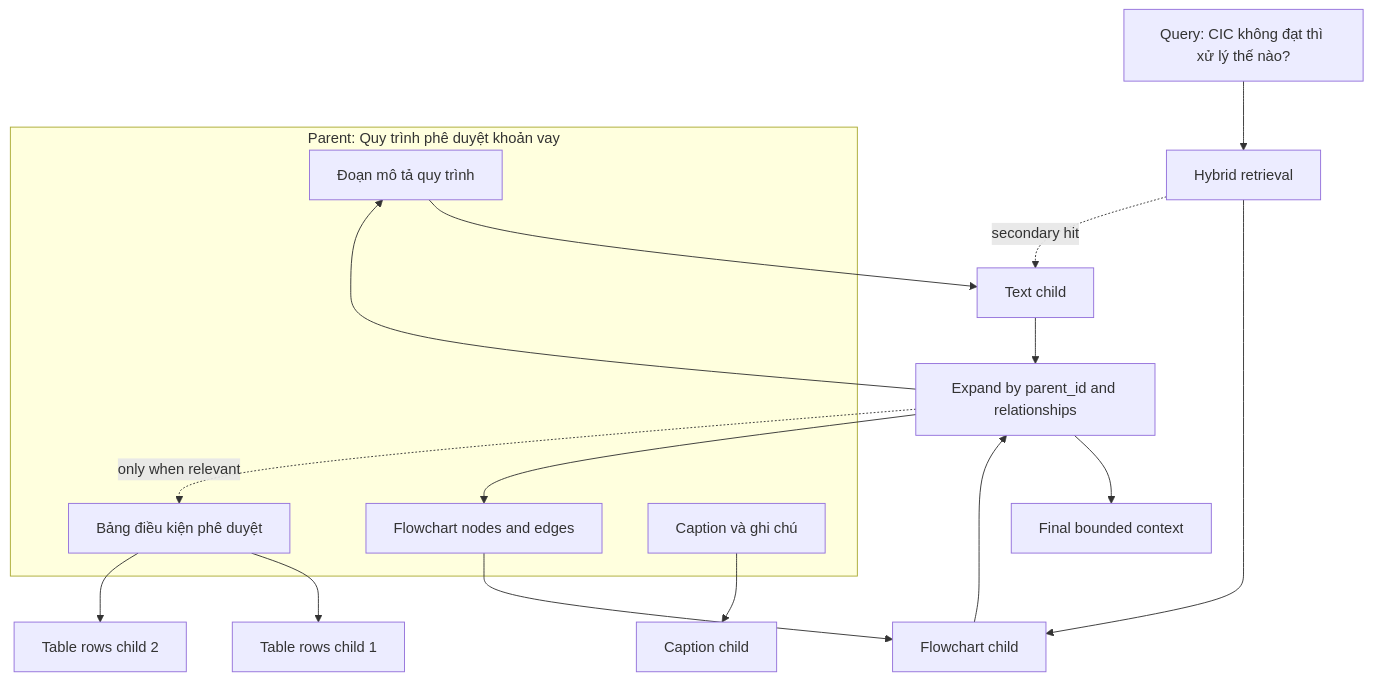
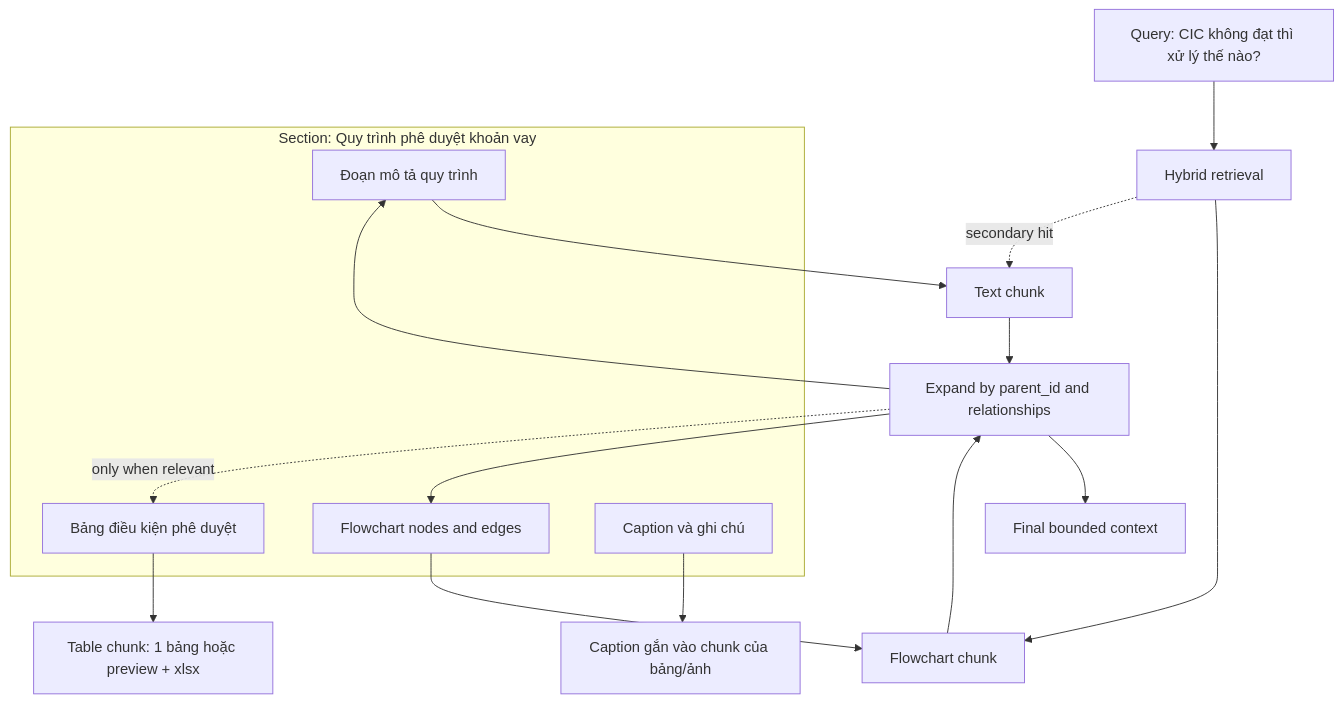
Before and after one commit to NhoDung/RAG-basic: the sixth of 7 diagrams in Architecture.md, drawn with Mermaid. The commit also changed other lines of this file and 19 other files, not shown here.

````diff
--- a/Architecture.md
+++ b/Architecture.md
@@ -332,25 +343,24 @@
 ```mermaid
 flowchart TB
-    subgraph P["Parent: Quy trình phê duyệt khoản vay"]
+    subgraph P["Section: Quy trình phê duyệt khoản vay"]
         B1[Đoạn mô tả quy trình]
         B2[Flowchart nodes and edges]
         B3[Bảng điều kiện phê duyệt]
         B4[Caption và ghi chú]
     end
 
-    B1 --> C1[Text child]
-    B2 --> C2[Flowchart child]
-    B3 --> C3[Table rows child 1]
-    B3 --> C4[Table rows child 2]
-    B4 --> C5[Caption child]
+    B1 --> C1[Text chunk]
+    B2 --> C2[Flowchart chunk]
+    B3 --> C3[Table chunk: 1 bảng hoặc preview + xlsx]
+    B4 --> C5[Caption gắn vào chunk của bảng/ảnh]
 
     Q["Query: CIC không đạt thì xử lý thế nào?"] --> R[Hybrid retrieval]
     R --> C2
     R -. secondary hit .-> C1
     C2 --> E[Expand by parent_id and relationships]
     C1 --> E
     E --> B1
     E --> B2
     E -. only when relevant .-> B3
     E --> CTX[Final bounded context]
 ```
````
